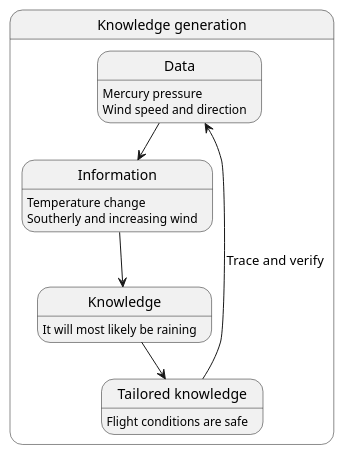
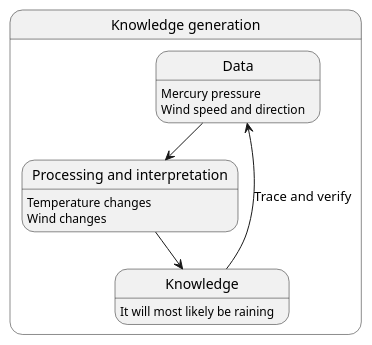
Before and after one commit to metno/S-ENDA-documentation: the diagram in source/information_to_knowledge.puml, drawn with PlantUML. The commit also changed 7 other files, not shown here.

```diff
--- a/source/information_to_knowledge.puml
+++ b/source/information_to_knowledge.puml
@@ -1,28 +1,24 @@
 @startuml
 
 state "Knowledge generation" as kg {
 state Data {
   Data : Mercury pressure
   Data : Wind speed and direction
 }
 
-state Information {
-  Information : Temperature change
-  Information : Southerly and increasing wind
+state "Processing and interpretation" as PI { 
+  PI : Temperature changes
+  PI : Wind changes
 }
 
 state Knowledge {
-  Knowledge : It will most likely be raining
+  Knowledge :  It will most likely be raining
 }
 
-state "Tailored knowledge" as tk {
-  tk : Flight conditions are safe
-}
 }
 
-Data --> Information
-Information --> Knowledge
-Knowledge --> tk
-tk --> Data : Trace and verify
+Data --> PI
+PI --> Knowledge
+Knowledge --> Data : Trace and verify
 
 @enduml
```
